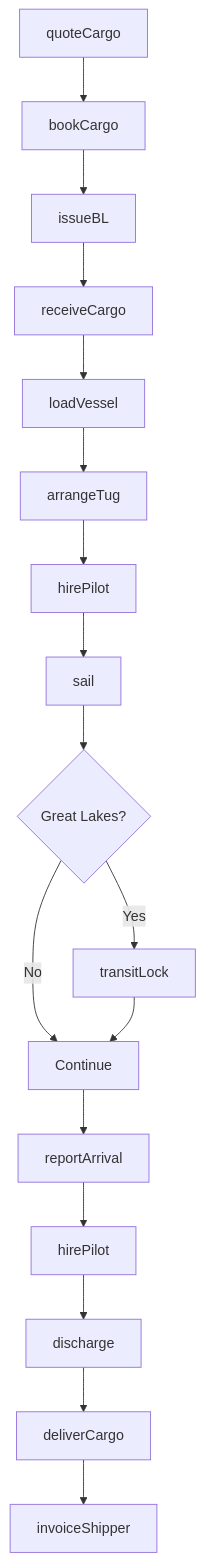
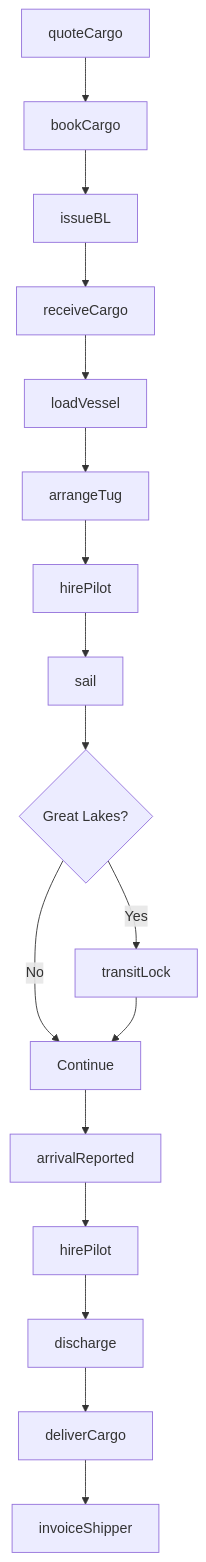
One commit to dot-org-ai/industries.org.ai changed the first of 2 diagrams in Transportation/WaterTransportation/DeepSeaCoastalAndGreatLakesWaterTransportation/CoastalAndGreatLakesFreightTransportation.mdx. Above: the diagram before and after it, drawn with Mermaid. The commit also changed other lines of this file and 588 other files, not shown here.

````diff
--- a/Transportation/WaterTransportation/DeepSeaCoastalAndGreatLakesWaterTransportation/CoastalAndGreatLakesFreightTransportation.mdx
+++ b/Transportation/WaterTransportation/DeepSeaCoastalAndGreatLakesWaterTransportation/CoastalAndGreatLakesFreightTransportation.mdx
@@ -118,19 +118,19 @@
 ```mermaid
 graph TD
     A[quoteCargo] --> B[bookCargo]
     B --> C[issueBL]
     C --> D[receiveCargo]
     D --> E[loadVessel]
     E --> F[arrangeTug]
     F --> G[hirePilot]
     G --> H[sail]
     H --> I{Great Lakes?}
     I -->|Yes| J[transitLock]
     I -->|No| K[Continue]
     J --> K
-    K --> L[reportArrival]
+    K --> L[arrivalReported]
     L --> M[hirePilot]
     M --> N[discharge]
     N --> O[deliverCargo]
     O --> P[invoiceShipper]
 ```
````
